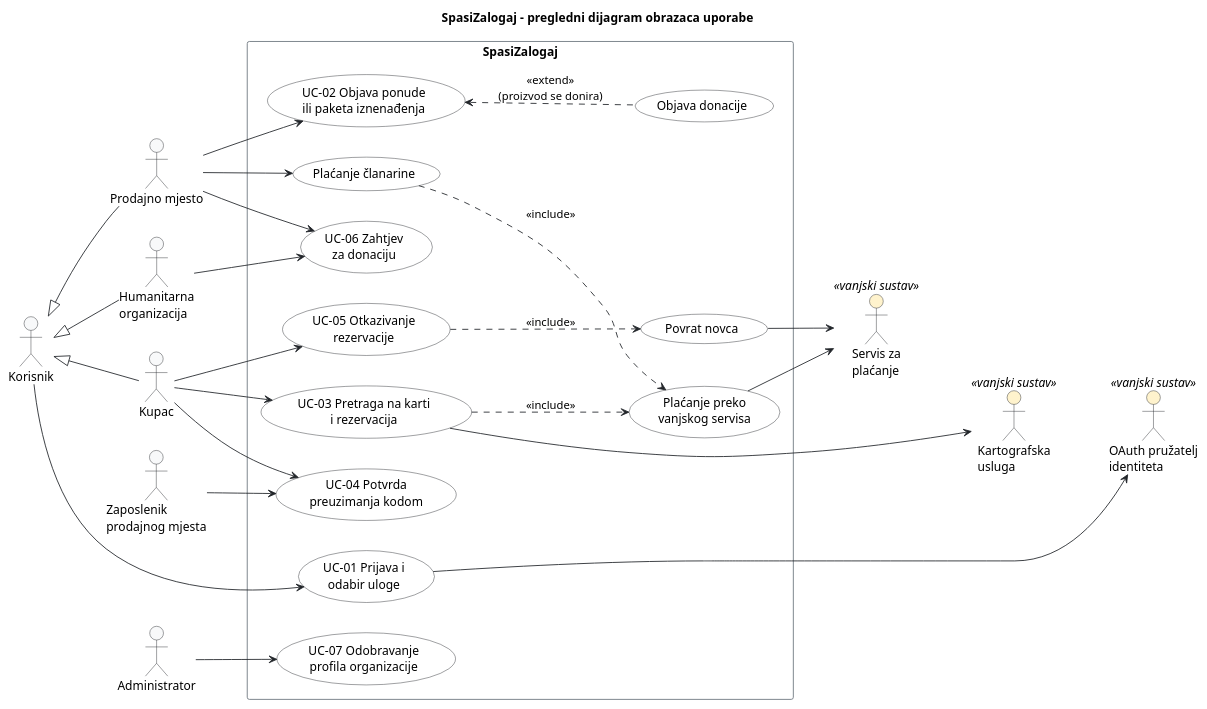
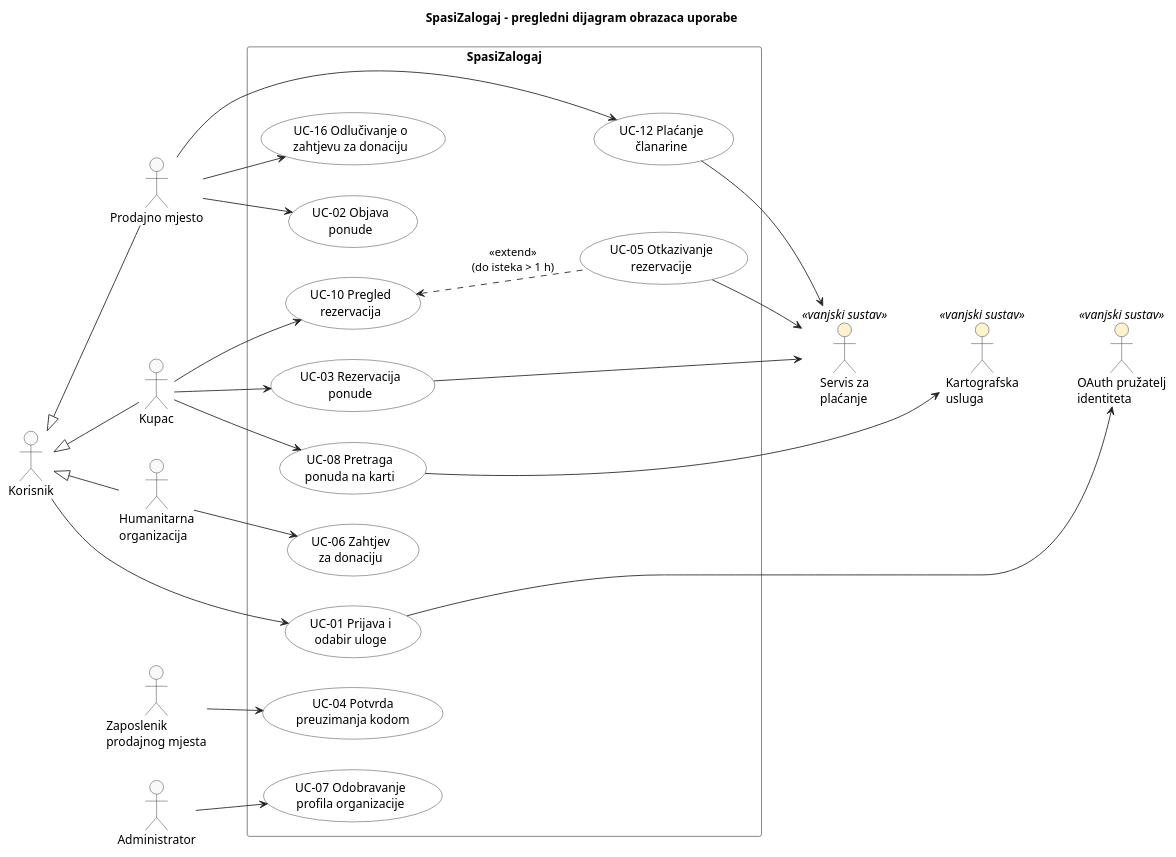
Before and after one commit to frenki1004/Menzory: the diagram in docs/puml/3-1-spasizalogaj-system-UC.puml, drawn with PlantUML. The commit also changed other lines of this file and 7 other files, not shown here.

```diff
--- a/docs/puml/3-1-spasizalogaj-system-UC.puml
+++ b/docs/puml/3-1-spasizalogaj-system-UC.puml
@@ -13,88 +14,90 @@
 @startuml
 title SpasiZalogaj – pregledni dijagram obrazaca uporabe
 left to right direction
 
 skinparam shadowing false
 skinparam defaultFontName Arial
 skinparam ArrowColor #212529
 
 skinparam actor {
     BackgroundColor #F8F9FA
     BorderColor #212529
     BackgroundColor<<vanjski sustav>> #FFF3CD
 }
 skinparam usecase {
     BackgroundColor #FFFFFF
     BorderColor #212529
 }
 skinparam rectangle {
     BorderColor #6C757D
 }
 
 actor "Korisnik" as Korisnik
 actor "Prodajno mjesto" as Prodavac
 actor "Kupac" as Kupac
 actor "Zaposlenik\nprodajnog mjesta" as Zaposlenik
 actor "Humanitarna\norganizacija" as Org
 actor "Administrator" as Admin
 
 Kupac -up-|> Korisnik
 Prodavac -up-|> Korisnik
 Org -up-|> Korisnik
 
-rectangle "SpasiZalogaj" {
+' Prazni redovi u nazivu ostavljaju mjesta na vrhu okvira da veza
+' prodajnog mjesta prema UC-12 ostane unutar pravokutnika.
+rectangle "SpasiZalogaj\n\n" {
     usecase "UC-01 Prijava i\nodabir uloge" as UC01
-
-    usecase "Plaćanje članarine" as UCClan
-    usecase "UC-02 Objava ponude\nili paketa iznenađenja" as UC02
-    usecase "Objava donacije" as UCDonacija
-
-    usecase "UC-03 Pretraga na karti\ni rezervacija" as UC03
-    usecase "Plaćanje preko\nvanjskog servisa" as UCPlati
-
+    usecase "UC-02 Objava\nponude" as UC02
+    usecase "UC-12 Plaćanje\nčlanarine" as UC12
+    usecase "UC-16 Odlučivanje o\nzahtjevu za donaciju" as UC16
+    usecase "UC-06 Zahtjev\nza donaciju" as UC06
+    usecase "UC-08 Pretraga\nponuda na karti" as UC08
+    usecase "UC-03 Rezervacija\nponude" as UC03
+    usecase "UC-10 Pregled\nrezervacija" as UC10
+    usecase "UC-05 Otkazivanje\nrezervacije" as UC05
     usecase "UC-04 Potvrda\npreuzimanja kodom" as UC04
-    usecase "UC-05 Otkazivanje\nrezervacije" as UC05
-    usecase "Povrat novca" as UCPovrat
-
-    usecase "UC-06 Zahtjev\nza donaciju" as UC06
     usecase "UC-07 Odobravanje\nprofila organizacije" as UC07
 }
 
+actor "Servis za\nplaćanje" as Placanje <<vanjski sustav>>
+actor "Kartografska\nusluga" as Karta <<vanjski sustav>>
 actor "OAuth pružatelj\nidentiteta" as OAuth <<vanjski sustav>>
-actor "Kartografska\nusluga" as Karta <<vanjski sustav>>
-actor "Servis za\nplaćanje" as Placanje <<vanjski sustav>>
 
 ' Prijava
 Korisnik --> UC01
 UC01 --> OAuth
 
-' Prodajno mjesto: članarina i objava ponude
-Prodavac --> UCClan
+' Prodajno mjesto
 Prodavac --> UC02
-UCClan ..> UCPlati : <<include>>
-UC02 <.. UCDonacija : <<extend>>\n(proizvod se donira)
+Prodavac --> UC12
+UC12 --> Placanje
+Prodavac --> UC16
 
-' Kupac: rezervacija, preuzimanje i otkazivanje
+' Humanitarna organizacija
+Org --> UC06
+
+' Kupac
+Kupac --> UC08
+UC08 --> Karta
 Kupac --> UC03
-Kupac --> UC04
-Kupac --> UC05
-UC03 ..> UCPlati : <<include>>
-UC03 --> Karta
-UC05 ..> UCPovrat : <<include>>
+UC03 --> Placanje
+Kupac --> UC10
+UC10 <.. UC05 : <<extend>>\n(do isteka > 1 h)
+UC05 --> Placanje
 Zaposlenik --> UC04
 
-' Vanjski servis za plaćanje
-UCPlati --> Placanje
-UCPovrat --> Placanje
-
-' Donacije i administracija
-Org --> UC06
-Prodavac --> UC06
+' Administrator
 Admin --> UC07
 
-' Poravnanje: vanjski akteri u desnom stupcu
-UCPovrat -[hidden]-> OAuth
-UCPovrat -[hidden]-> Karta
+' Poravnanje (skrivene veze samo određuju raspored, nisu dio modela):
+' plaćanje članarine uz servis za plaćanje, vanjski akteri desno od
+' sustava, administrator na dnu.
+UC16 -[hidden]-> UC12
+UC05 -[hidden]-> Karta
+UC05 -[hidden]-> OAuth
+UC10 -[hidden]-> Placanje
 Placanje -[hidden]down- Karta
 Karta -[hidden]down- OAuth
+Zaposlenik -[hidden]right- Admin
+
 @enduml
```
